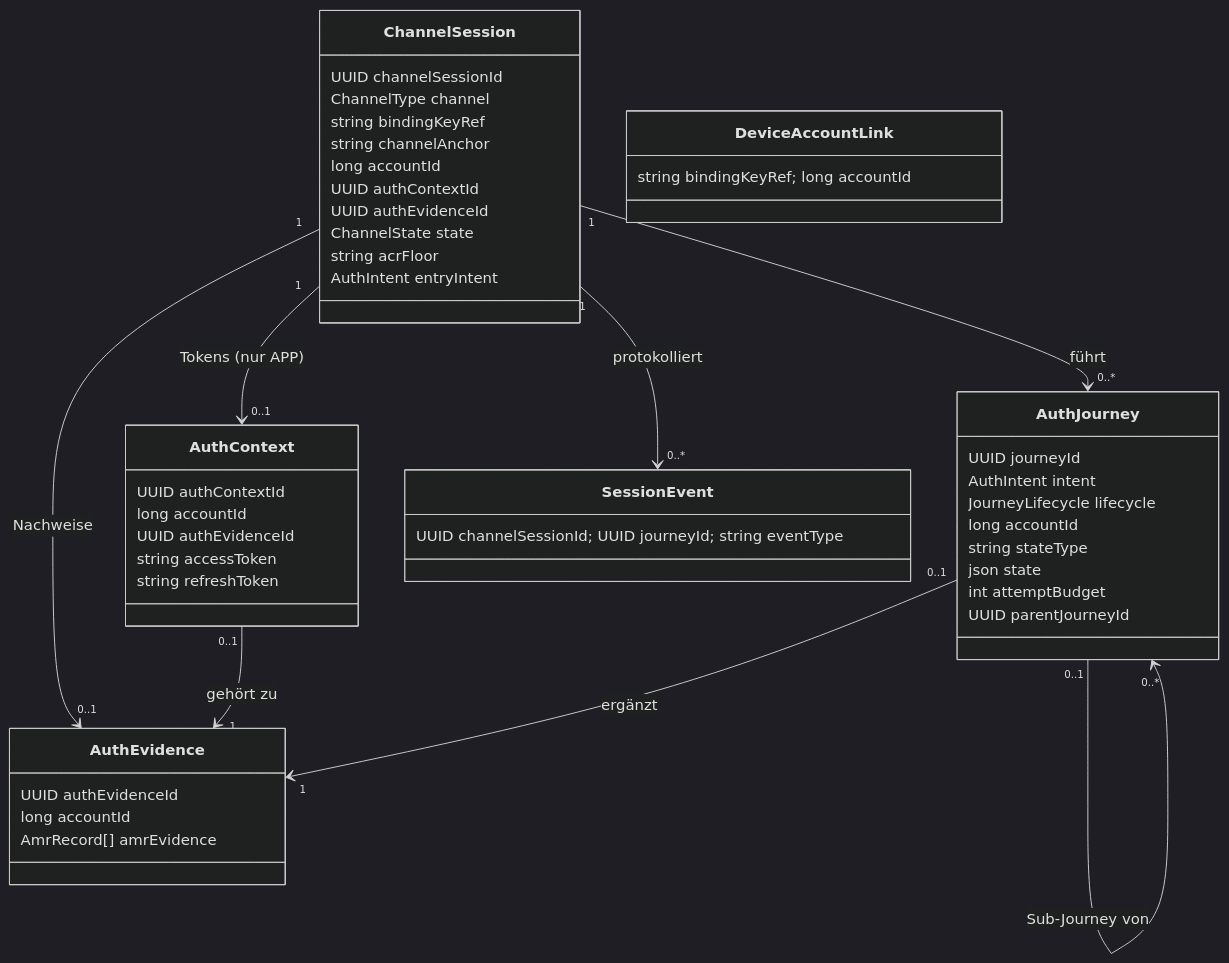
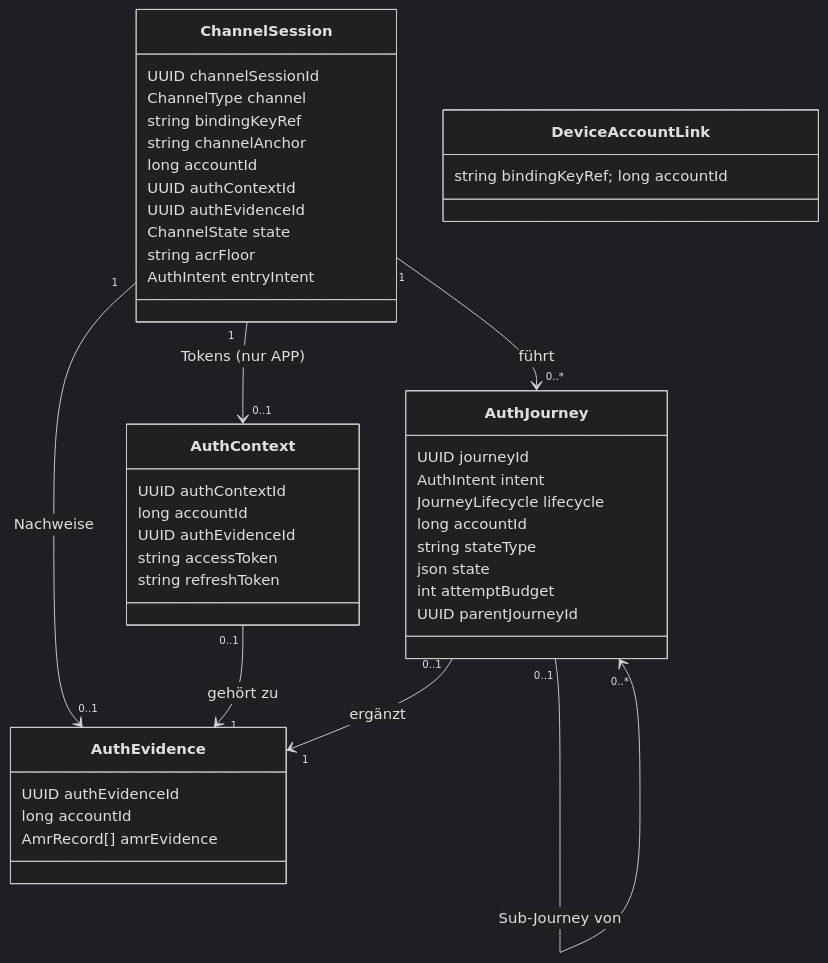
One commit to rpreissel/DPoP-demo changed the first of 5 diagrams in docs/02-domaenenmodell.md. Above: the diagram before and after it, drawn with Mermaid (dark theme). The commit also changed other lines of this file and 25 other files, not shown here.

First line of the commit message:
feat(account): Audit-Protokoll ueberlebt die Kontoloeschung, session_event entfaellt (Phase F 29, ADR-39)

````diff
--- a/docs/02-domaenenmodell.md
+++ b/docs/02-domaenenmodell.md
@@ -10,47 +10,45 @@
 ```mermaid
 classDiagram
   class ChannelSession {
     UUID channelSessionId
     ChannelType channel
     string bindingKeyRef
     string channelAnchor
     long accountId
     UUID authContextId
     UUID authEvidenceId
     ChannelState state
     string acrFloor
     AuthIntent entryIntent
   }
   class AuthJourney {
     UUID journeyId
     AuthIntent intent
     JourneyLifecycle lifecycle
     long accountId
     string stateType
     json state
     int attemptBudget
     UUID parentJourneyId
   }
   class DeviceAccountLink { string bindingKeyRef; long accountId }
   class AuthEvidence {
     UUID authEvidenceId
     long accountId
     AmrRecord[] amrEvidence
   }
   class AuthContext {
     UUID authContextId
     long accountId
     UUID authEvidenceId
     string accessToken
     string refreshToken
   }
-  class SessionEvent { UUID channelSessionId; UUID journeyId; string eventType }
 
   ChannelSession "1" --> "0..*" AuthJourney : führt
   AuthJourney "0..1" --> "0..*" AuthJourney : Sub-Journey von
   ChannelSession "1" --> "0..1" AuthEvidence : Nachweise
   ChannelSession "1" --> "0..1" AuthContext : Tokens (nur APP)
   AuthContext "0..1" --> "1" AuthEvidence : gehört zu
   AuthJourney "0..1" --> "1" AuthEvidence : ergänzt
-  ChannelSession "1" --> "0..*" SessionEvent : protokolliert
 ```
````
